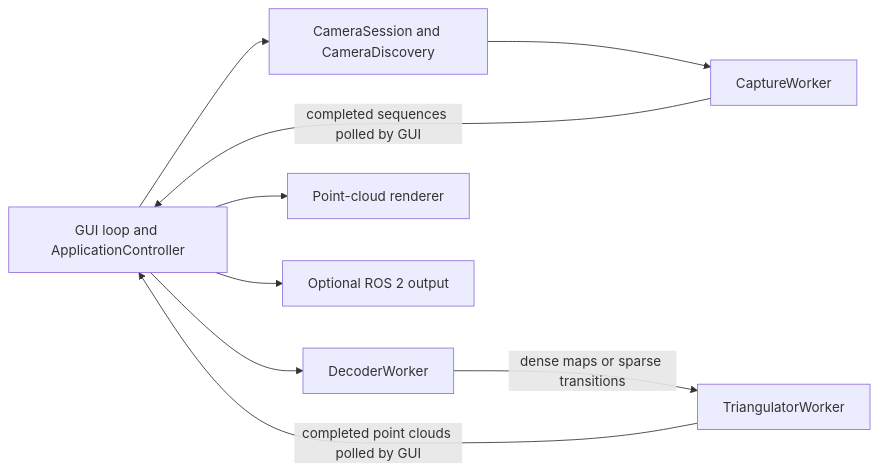
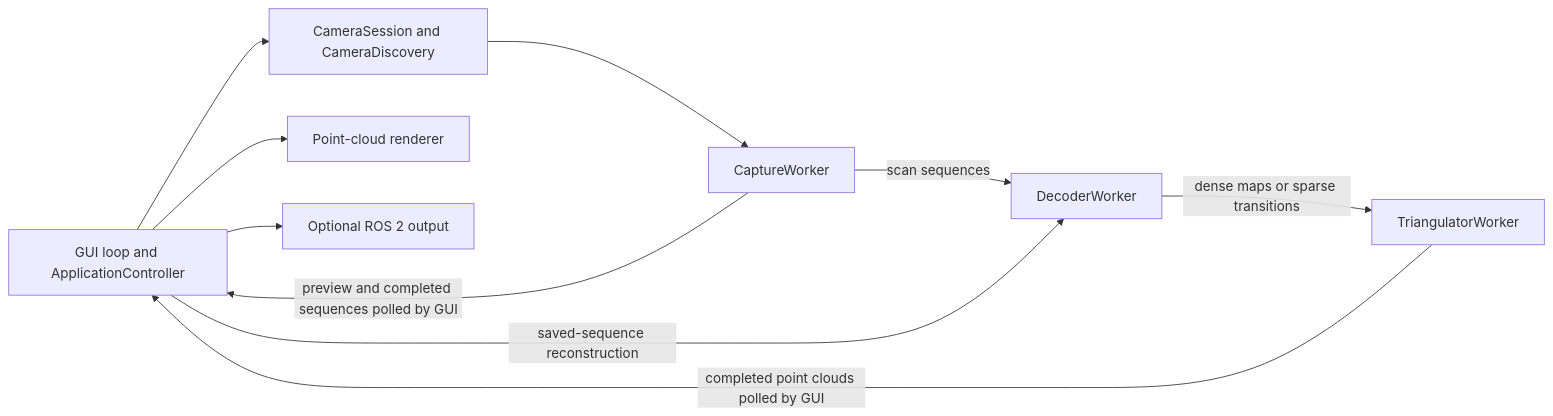
Before and after one commit to jakobwilm/slstudio: the diagram in docs/architecture.md, drawn with Mermaid. The commit also changed other lines of this file and 28 other files, not shown here.

````diff
--- a/docs/architecture.md
+++ b/docs/architecture.md
@@ -7,11 +7,12 @@
 ```mermaid
 flowchart LR
     GUI["GUI loop and ApplicationController"] --> Session["CameraSession and CameraDiscovery"]
     Session --> Capture["CaptureWorker"]
-    Capture -->|completed sequences polled by GUI| GUI
-    GUI --> Decoder["DecoderWorker"]
+    Capture -->|preview and completed sequences polled by GUI| GUI
+    Capture -->|scan sequences| Decoder["DecoderWorker"]
+    GUI -->|saved-sequence reconstruction| Decoder
     Decoder -->|dense maps or sparse transitions| Triangulator["TriangulatorWorker"]
     Triangulator -->|completed point clouds polled by GUI| GUI
     GUI --> Renderer["Point-cloud renderer"]
     GUI --> ROS["Optional ROS 2 output"]
 ```
````
